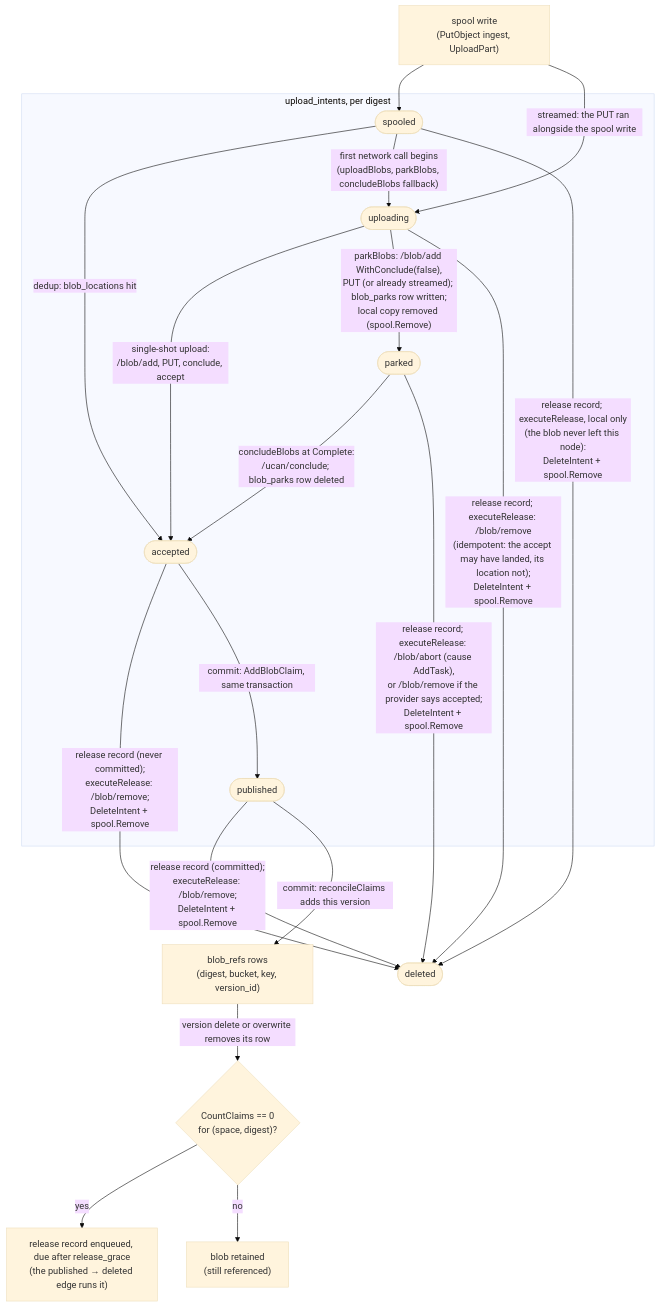
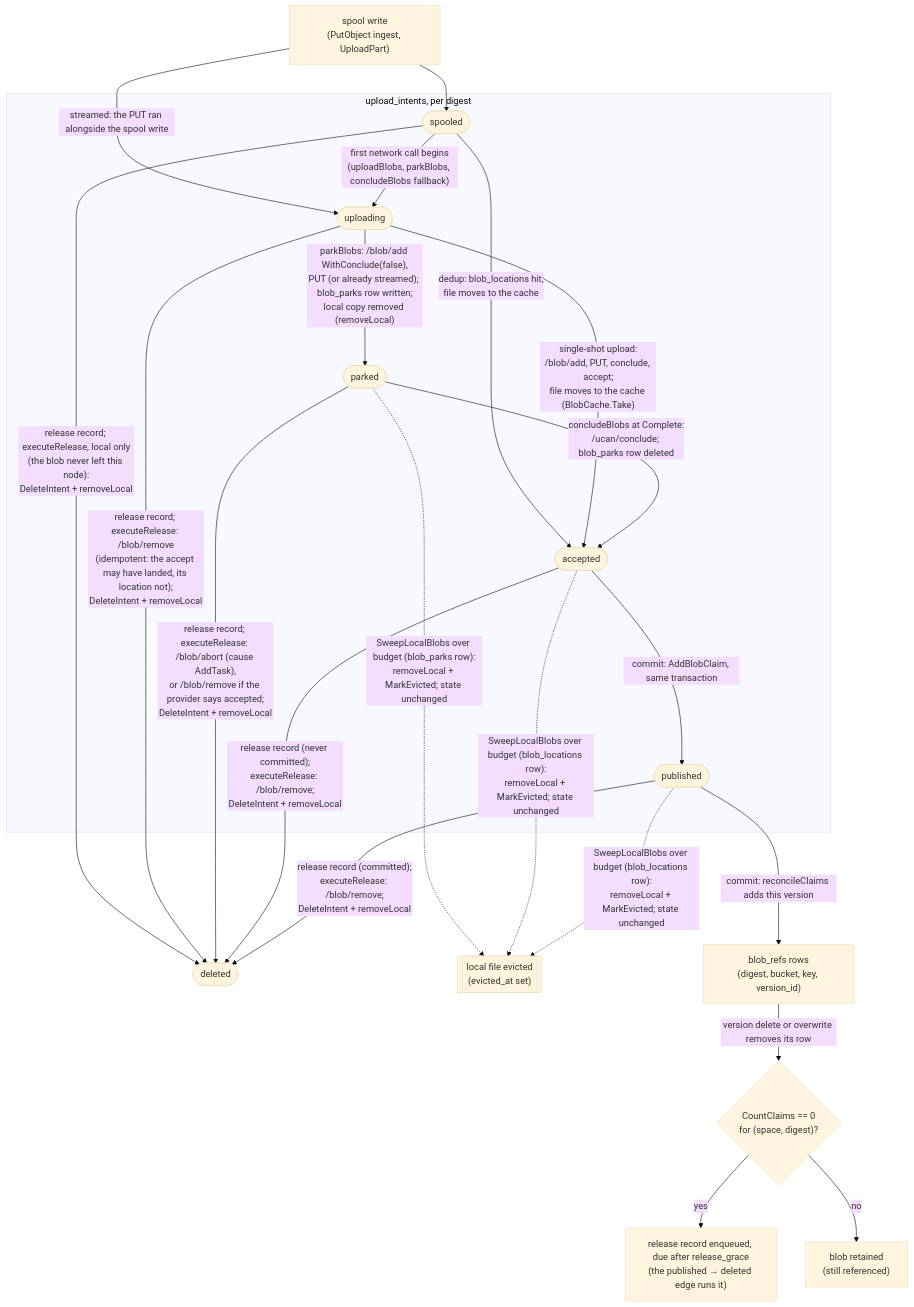
The eighth of 14 diagrams in docs/diagrams.md (fil-forge/ingot), drawn with Mermaid (base theme) before and after one commit. The commit also changed other lines of this file and 45 other files, not shown here.

First line of the commit message:
Split local blob storage into a spool and a cache, and evict to a byte budget (#218)

````diff
--- a/docs/diagrams.md
+++ b/docs/diagrams.md
@@ -554,30 +558,34 @@
 ```mermaid
 flowchart TB
     W["spool write<br/>(PutObject ingest, UploadPart)"] --> spooled
     W -->|"streamed: the PUT ran alongside the spool write"| uploading
 
     subgraph intents["upload_intents, per digest"]
         spooled([spooled])
         uploading([uploading])
         parked([parked])
         accepted([accepted])
         published([published])
     end
 
-    spooled -->|"dedup: blob_locations hit"| accepted
+    spooled -->|"dedup: blob_locations hit;<br/>file moves to the cache"| accepted
     spooled -->|"first network call begins<br/>(uploadBlobs, parkBlobs, concludeBlobs fallback)"| uploading
-    uploading -->|"single-shot upload:<br/>/blob/add, PUT, conclude, accept"| accepted
-    uploading -->|"parkBlobs: /blob/add WithConclude(false),<br/>PUT (or already streamed); blob_parks row written;<br/>local copy removed (spool.Remove)"| parked
+    uploading -->|"single-shot upload:<br/>/blob/add, PUT, conclude, accept;<br/>file moves to the cache (BlobCache.Take)"| accepted
+    uploading -->|"parkBlobs: /blob/add WithConclude(false),<br/>PUT (or already streamed); blob_parks row written;<br/>local copy removed (removeLocal)"| parked
     parked -->|"concludeBlobs at Complete:<br/>/ucan/conclude; blob_parks row deleted"| accepted
-    spooled -->|"release record; executeRelease, local only<br/>(the blob never left this node):<br/>DeleteIntent + spool.Remove"| gone([deleted])
-    uploading -->|"release record; executeRelease: /blob/remove<br/>(idempotent: the accept may have landed, its location not);<br/>DeleteIntent + spool.Remove"| gone
-    parked -->|"release record; executeRelease: /blob/abort (cause AddTask),<br/>or /blob/remove if the provider says accepted;<br/>DeleteIntent + spool.Remove"| gone
-    accepted -->|"release record (never committed);<br/>executeRelease: /blob/remove;<br/>DeleteIntent + spool.Remove"| gone
-    published -->|"release record (committed);<br/>executeRelease: /blob/remove;<br/>DeleteIntent + spool.Remove"| gone
+    spooled -->|"release record; executeRelease, local only<br/>(the blob never left this node):<br/>DeleteIntent + removeLocal"| gone([deleted])
+    uploading -->|"release record; executeRelease: /blob/remove<br/>(idempotent: the accept may have landed, its location not);<br/>DeleteIntent + removeLocal"| gone
+    parked -->|"release record; executeRelease: /blob/abort (cause AddTask),<br/>or /blob/remove if the provider says accepted;<br/>DeleteIntent + removeLocal"| gone
+    accepted -->|"release record (never committed);<br/>executeRelease: /blob/remove;<br/>DeleteIntent + removeLocal"| gone
+    published -->|"release record (committed);<br/>executeRelease: /blob/remove;<br/>DeleteIntent + removeLocal"| gone
 
     accepted -->|"commit: AddBlobClaim, same transaction"| published
+
+    parked -.->|"SweepLocalBlobs over budget (blob_parks row):<br/>removeLocal + MarkEvicted; state unchanged"| evicted[["local file evicted<br/>(evicted_at set)"]]
+    accepted -.->|"SweepLocalBlobs over budget (blob_locations row):<br/>removeLocal + MarkEvicted; state unchanged"| evicted
+    published -.->|"SweepLocalBlobs over budget (blob_locations row):<br/>removeLocal + MarkEvicted; state unchanged"| evicted
     published -->|"commit: reconcileClaims adds this version"| refs["blob_refs rows<br/>(digest, bucket, key, version_id)"]
     refs -->|"version delete or overwrite removes its row"| zero{"CountClaims == 0<br/>for (space, digest)?"}
     zero -->|yes| rel["release record enqueued, due after release_grace<br/>(the published → deleted edge runs it)"]
     zero -->|no| keep["blob retained<br/>(still referenced)"]
 ```
````
